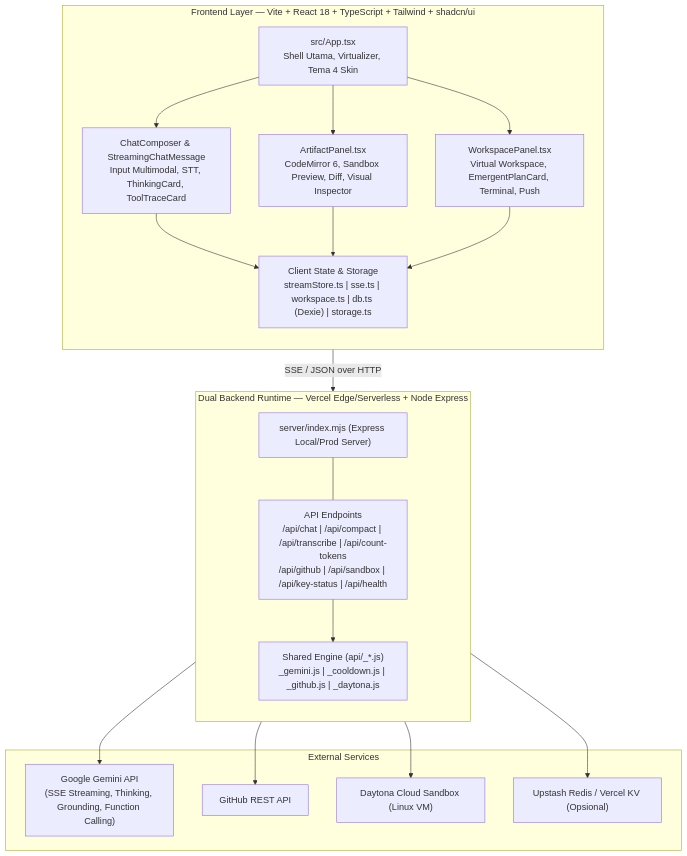
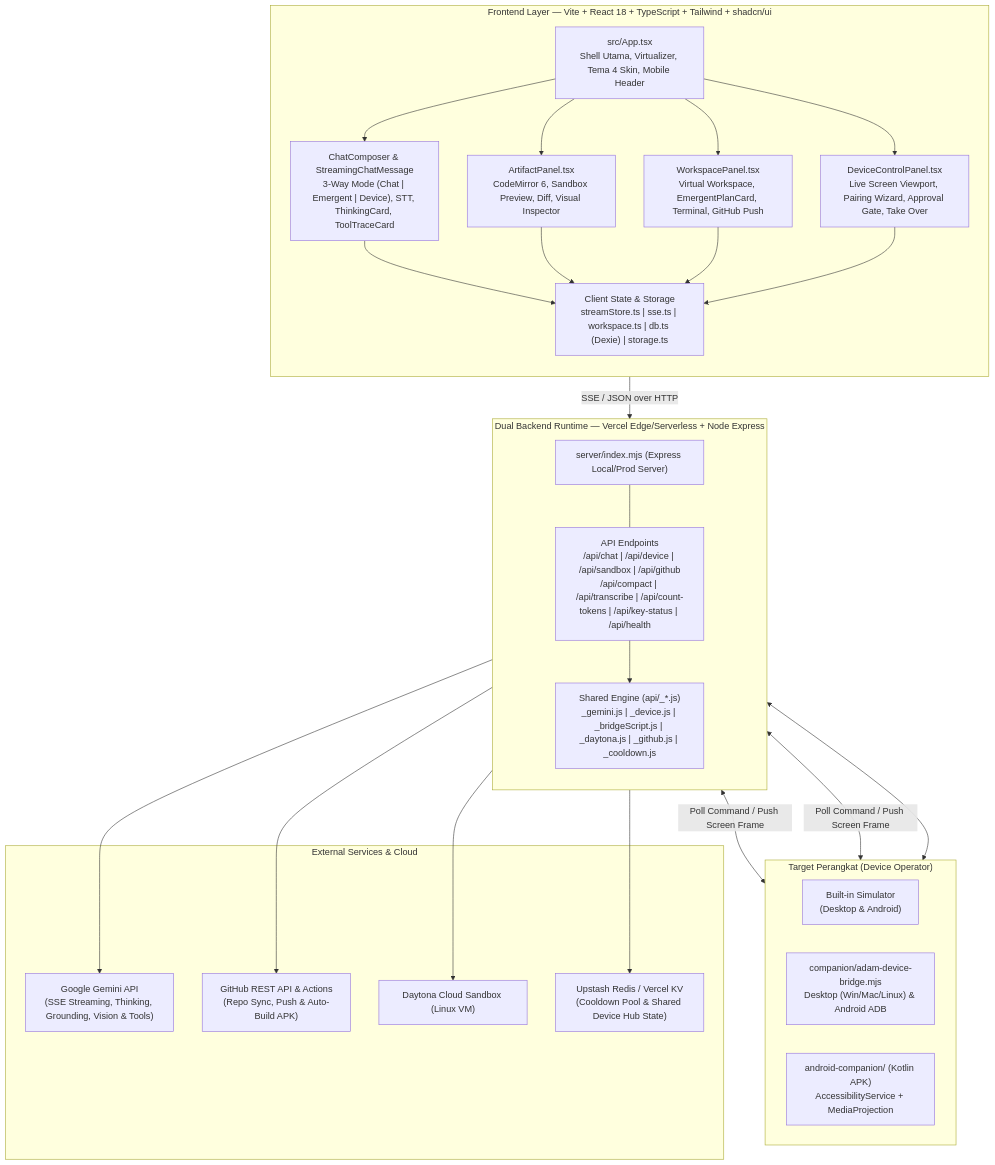
The first of 2 diagrams in README.md (AdamOfficialDev/Adam-studio), drawn with Mermaid before and after one commit. The commit also changed other lines of this file, not shown here.

````diff
--- a/README.md
+++ b/README.md
@@ -66,41 +89,55 @@
 ```mermaid
 flowchart TB
     subgraph Client["Frontend Layer — Vite + React 18 + TypeScript + Tailwind + shadcn/ui"]
         direction TB
-        AppShell["src/App.tsx\nShell Utama, Virtualizer, Tema 4 Skin"]
-        ChatUI["ChatComposer & StreamingChatMessage\nInput Multimodal, STT, ThinkingCard, ToolTraceCard"]
+        AppShell["src/App.tsx\nShell Utama, Virtualizer, Tema 4 Skin, Mobile Header"]
+        ChatUI["ChatComposer & StreamingChatMessage\n3-Way Mode (Chat | Emergent | Device), STT, ThinkingCard, ToolTraceCard"]
         ArtifactStudio["ArtifactPanel.tsx\nCodeMirror 6, Sandbox Preview, Diff, Visual Inspector"]
-        EmergentIDE["WorkspacePanel.tsx\nVirtual Workspace, EmergentPlanCard, Terminal, Push"]
+        EmergentIDE["WorkspacePanel.tsx\nVirtual Workspace, EmergentPlanCard, Terminal, GitHub Push"]
+        DeviceUI["DeviceControlPanel.tsx\nLive Screen Viewport, Pairing Wizard, Approval Gate, Take Over"]
         StateLayer["Client State & Storage\nstreamStore.ts | sse.ts | workspace.ts | db.ts (Dexie) | storage.ts"]
     end
 
     subgraph Backend["Dual Backend Runtime — Vercel Edge/Serverless + Node Express"]
         direction TB
-        Endpoints["API Endpoints\n/api/chat | /api/compact | /api/transcribe | /api/count-tokens\n/api/github | /api/sandbox | /api/key-status | /api/health"]
+        Endpoints["API Endpoints\n/api/chat | /api/device | /api/sandbox | /api/github\n/api/compact | /api/transcribe | /api/count-tokens | /api/key-status | /api/health"]
         LocalServer["server/index.mjs (Express Local/Prod Server)"]
-        CoreModules["Shared Engine (api/_*.js)\n_gemini.js | _cooldown.js | _github.js | _daytona.js"]
+        CoreModules["Shared Engine (api/_*.js)\n_gemini.js | _device.js | _bridgeScript.js | _daytona.js | _github.js | _cooldown.js"]
     end
 
-    subgraph External["External Services"]
-        GeminiAPI["Google Gemini API\n(SSE Streaming, Thinking, Grounding, Function Calling)"]
-        GitHubAPI["GitHub REST API"]
+    subgraph Devices["Target Perangkat (Device Operator)"]
+        direction LR
+        SimDevice["Built-in Simulator\n(Desktop & Android)"]
+        BridgeCLI["companion/adam-device-bridge.mjs\nDesktop (Win/Mac/Linux) & Android ADB"]
+        AndroidAPK["android-companion/ (Kotlin APK)\nAccessibilityService + MediaProjection"]
+    end
+
+    subgraph External["External Services & Cloud"]
+        GeminiAPI["Google Gemini API\n(SSE Streaming, Thinking, Grounding, Vision & Tools)"]
+        GitHubAPI["GitHub REST API & Actions\n(Repo Sync, Push & Auto-Build APK)"]
         DaytonaCloud["Daytona Cloud Sandbox (Linux VM)"]
-        UpstashRedis["Upstash Redis / Vercel KV (Opsional)"]
+        UpstashRedis["Upstash Redis / Vercel KV\n(Cooldown Pool & Shared Device Hub State)"]
     end
 
     AppShell --> ChatUI
     AppShell --> ArtifactStudio
     AppShell --> EmergentIDE
+    AppShell --> DeviceUI
     ChatUI --> StateLayer
     ArtifactStudio --> StateLayer
     EmergentIDE --> StateLayer
+    DeviceUI --> StateLayer
 
     StateLayer -- "SSE / JSON over HTTP" --> Endpoints
     LocalServer --- Endpoints
     Endpoints --> CoreModules
 
     CoreModules --> GeminiAPI
     CoreModules --> GitHubAPI
     CoreModules --> DaytonaCloud
     CoreModules --> UpstashRedis
+
+    Endpoints <-->|"Poll Command / Push Screen Frame"| BridgeCLI
+    Endpoints <-->|"Poll Command / Push Screen Frame"| AndroidAPK
+    CoreModules <--> SimDevice
 ```
````
